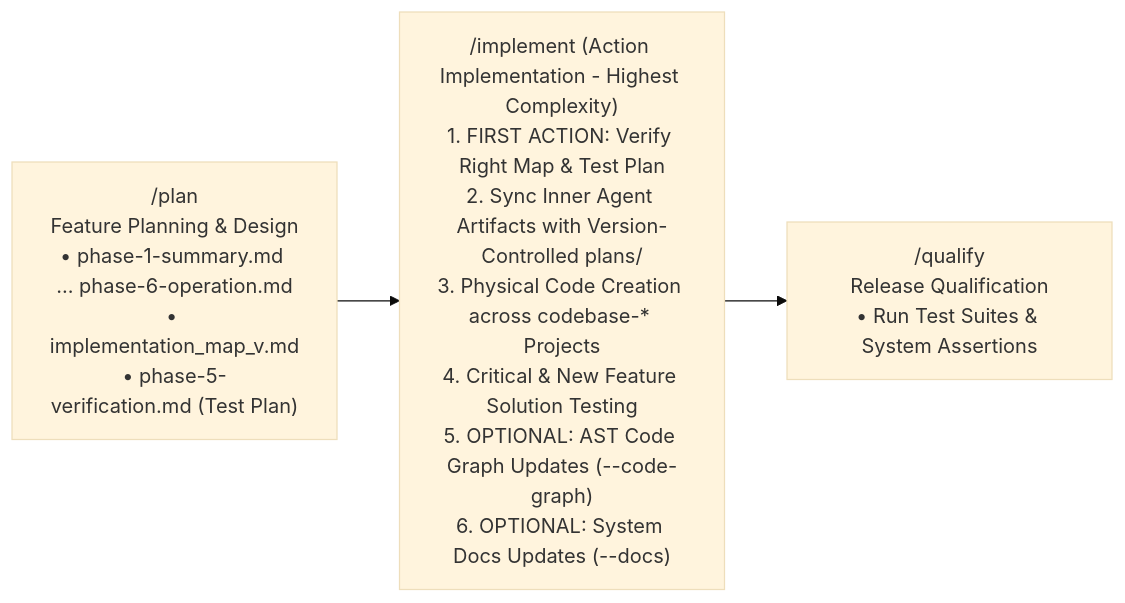
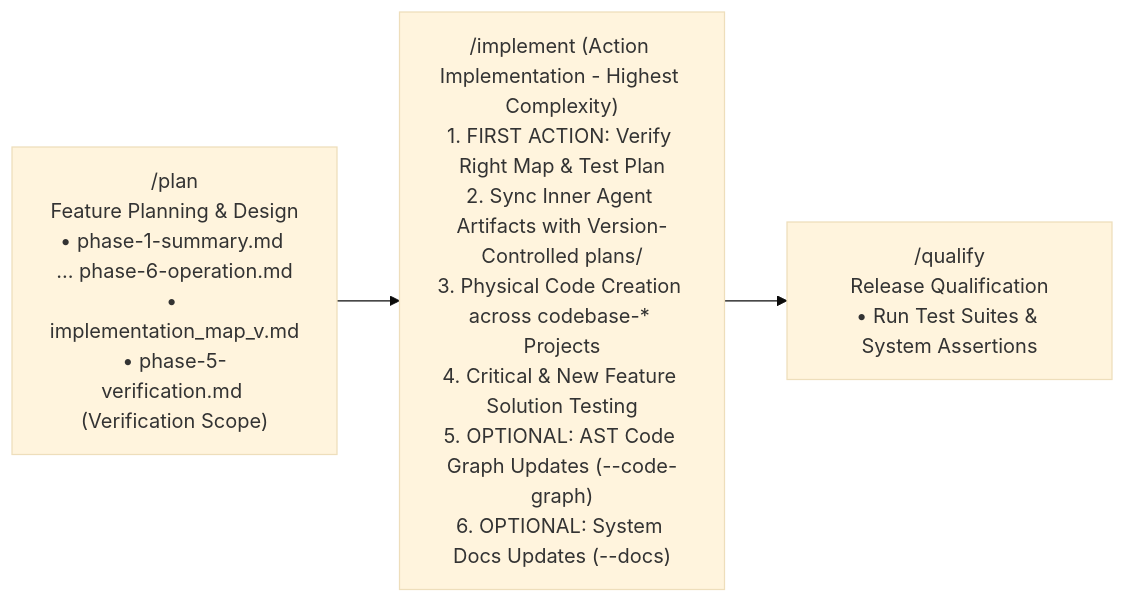
The first of 3 diagrams in software_dev_elements/implement/implement_workflow.md (hrvthgergo/agent-driven-templates), drawn with Mermaid (base theme) before and after one commit. The commit also changed other lines of this file and 10 other files, not shown here.

Commit message:
refactor: restructure qualification architecture with codebase-qualify and global tests directory

````diff
--- a/software_dev_elements/implement/implement_workflow.md
+++ b/software_dev_elements/implement/implement_workflow.md
@@ -11,6 +11,6 @@
 ```mermaid
 graph LR
-    Plan["/plan<br/>Feature Planning & Design<br/>• phase-1-summary.md ... phase-6-operation.md<br/>• implementation_map_v<version>.md<br/>• phase-5-verification.md (Test Plan)"] 
+    Plan["/plan<br/>Feature Planning & Design<br/>• phase-1-summary.md ... phase-6-operation.md<br/>• implementation_map_v<version>.md<br/>• phase-5-verification.md (Verification Scope)"] 
     --> Implement["/implement (Action Implementation - Highest Complexity)<br/>1. FIRST ACTION: Verify Right Map & Test Plan<br/>2. Sync Inner Agent Artifacts with Version-Controlled plans/<br/>3. Physical Code Creation across codebase-* Projects<br/>4. Critical & New Feature Solution Testing<br/>5. OPTIONAL: AST Code Graph Updates (--code-graph)<br/>6. OPTIONAL: System Docs Updates (--docs)"]
     --> Qualify["/qualify<br/>Release Qualification<br/>• Run Test Suites & System Assertions"]
 ```
````
